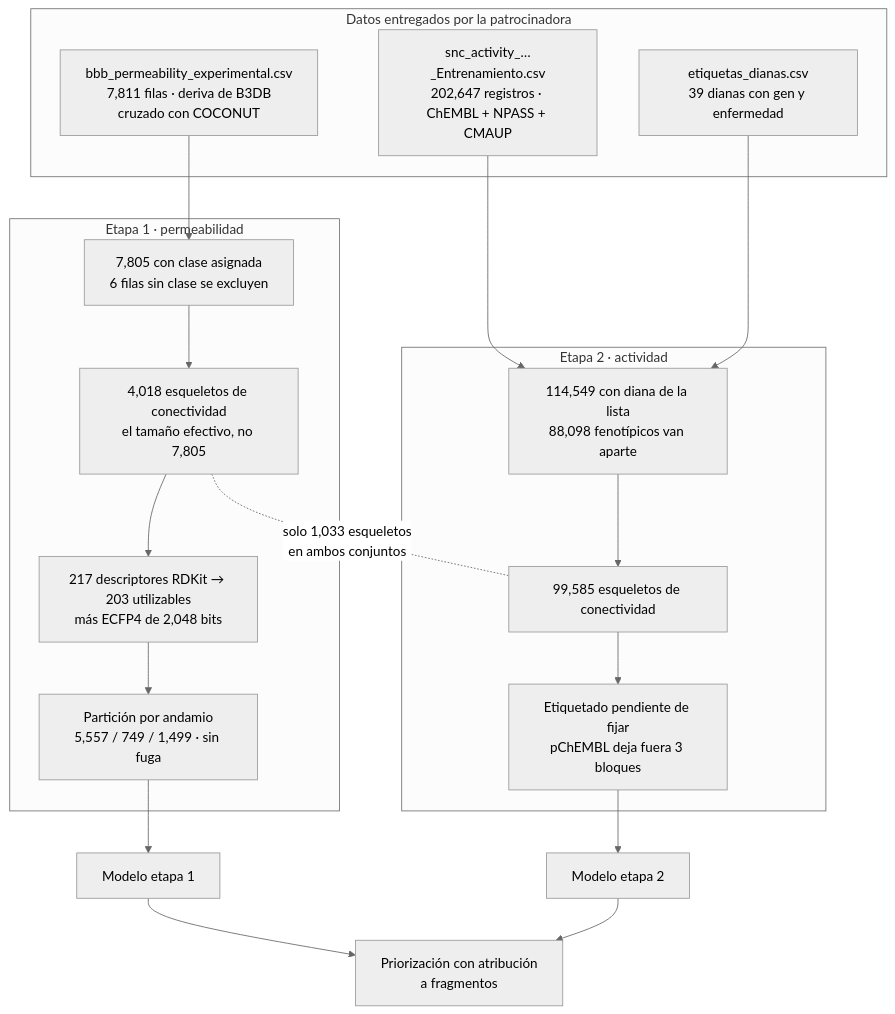
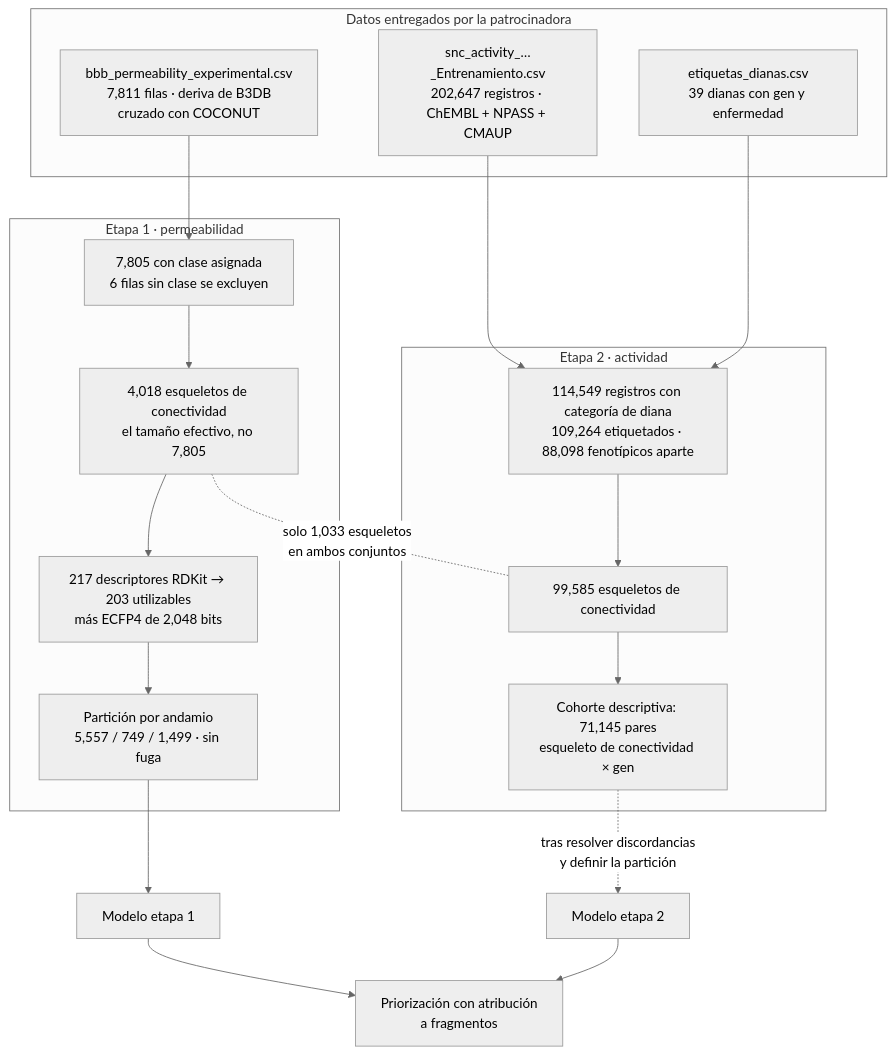
One commit to AntonioVazquezMartinez/Bioactive-AI changed the first of 2 diagrams in docs/linaje-datos.md. Above: the diagram before and after it, drawn with Mermaid (neutral theme). The commit also changed other lines of this file and 3 other files, not shown here.

````diff
--- a/docs/linaje-datos.md
+++ b/docs/linaje-datos.md
@@ -9,30 +9,30 @@
 ```{mermaid}
 flowchart TD
     subgraph fuentes["Datos entregados por la patrocinadora"]
         BBB["bbb_permeability_experimental.csv<br/>7,811 filas · deriva de B3DB<br/>cruzado con COCONUT"]
         SNC["snc_activity_…_Entrenamiento.csv<br/>202,647 registros · ChEMBL + NPASS + CMAUP"]
         DIA["etiquetas_dianas.csv<br/>39 dianas con gen y enfermedad"]
     end
 
     subgraph e1["Etapa 1 · permeabilidad"]
         B1["7,805 con clase asignada<br/>6 filas sin clase se excluyen"]
         B2["4,018 esqueletos de conectividad<br/>el tamaño efectivo, no 7,805"]
         B3["217 descriptores RDKit → 203 utilizables<br/>más ECFP4 de 2,048 bits"]
         B4["Partición por andamio<br/>5,557 / 749 / 1,499 · sin fuga"]
     end
 
     subgraph e2["Etapa 2 · actividad"]
-        S1["114,549 con diana de la lista<br/>88,098 fenotípicos van aparte"]
+        S1["114,549 registros con categoría de diana<br/>109,264 etiquetados · 88,098 fenotípicos aparte"]
         S2["99,585 esqueletos de conectividad"]
-        S3["Etiquetado pendiente de fijar<br/>pChEMBL deja fuera 3 bloques"]
+        S3["Cohorte descriptiva: 71,145 pares<br/>esqueleto de conectividad × gen"]
     end
 
     BBB --> B1 --> B2 --> B3 --> B4
     SNC --> S1 --> S2 --> S3
     DIA --> S1
     B4 --> M["Modelo etapa 1"]
-    S3 --> N["Modelo etapa 2"]
+    S3 -. "tras resolver discordancias<br/>y definir la partición" .-> N["Modelo etapa 2"]
     M --> P["Priorización con atribución<br/>a fragmentos"]
     N --> P
     B2 -. "solo 1,033 esqueletos<br/>en ambos conjuntos" .- S2
 ```
````
